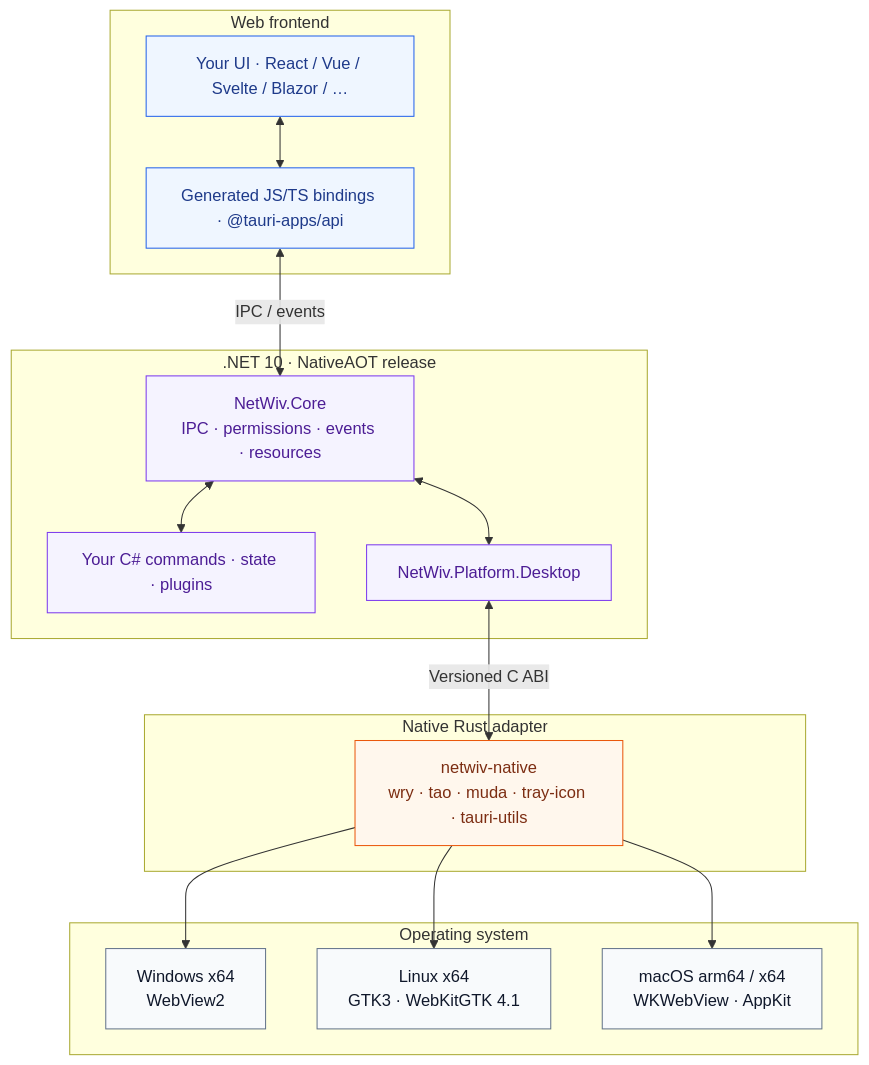
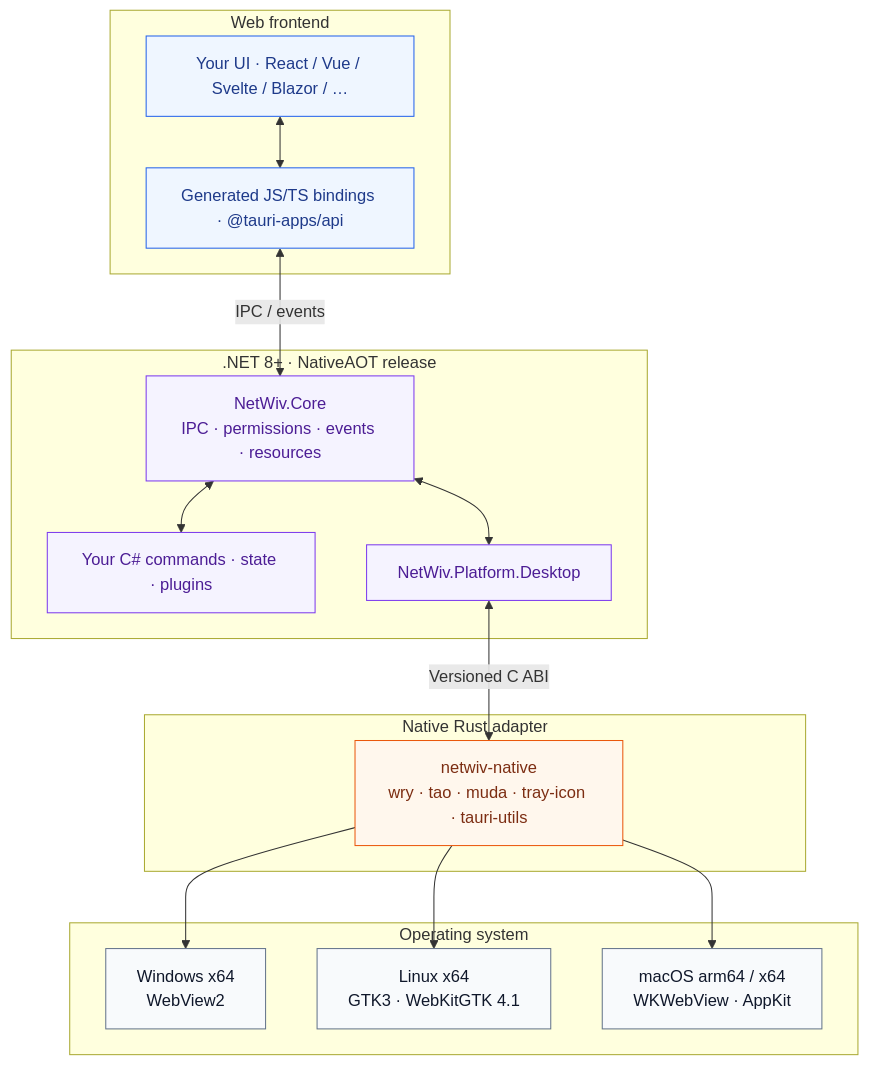
One commit to kim0522ms/NetWiv changed the diagram in README.md. Above: the diagram before and after it, drawn with Mermaid. The commit also changed other lines of this file and 73 other files, not shown here.

Commit message:
Backport managed packages and tooling to .NET 8

````diff
--- a/README.md
+++ b/README.md
@@ -95,41 +95,41 @@
 ```mermaid
 flowchart TB
     subgraph frontend["Web frontend"]
         UI["Your UI · React / Vue / Svelte / Blazor / …"]
         Guest["Generated JS/TS bindings · @tauri-apps/api"]
         UI <--> Guest
     end
 
-    subgraph managed[".NET 10 · NativeAOT release"]
+    subgraph managed[".NET 8+ · NativeAOT release"]
         Core["NetWiv.Core<br/>IPC · permissions · events · resources"]
         App["Your C# commands · state · plugins"]
         Adapter["NetWiv.Platform.Desktop"]
         Core <--> App
         Core <--> Adapter
     end
 
     subgraph native["Native Rust adapter"]
         Runtime["netwiv-native<br/>wry · tao · muda · tray-icon · tauri-utils"]
     end
 
     subgraph platform["Operating system"]
         Windows["Windows x64<br/>WebView2"]
         Linux["Linux x64<br/>GTK3 · WebKitGTK 4.1"]
         Mac["macOS arm64 / x64<br/>WKWebView · AppKit"]
     end
 
     Guest <-->|IPC / events| Core
     Adapter <-->|Versioned C ABI| Runtime
     Runtime --> Windows
     Runtime --> Linux
     Runtime --> Mac
 
     classDef web fill:#eff6ff,stroke:#2563eb,color:#1e3a8a
     classDef dotnet fill:#f5f3ff,stroke:#7c3aed,color:#4c1d95
     classDef rust fill:#fff7ed,stroke:#ea580c,color:#7c2d12
     classDef os fill:#f8fafc,stroke:#64748b,color:#0f172a
     class UI,Guest web
     class Core,App,Adapter dotnet
     class Runtime rust
     class Windows,Linux,Mac os
 ```
````
